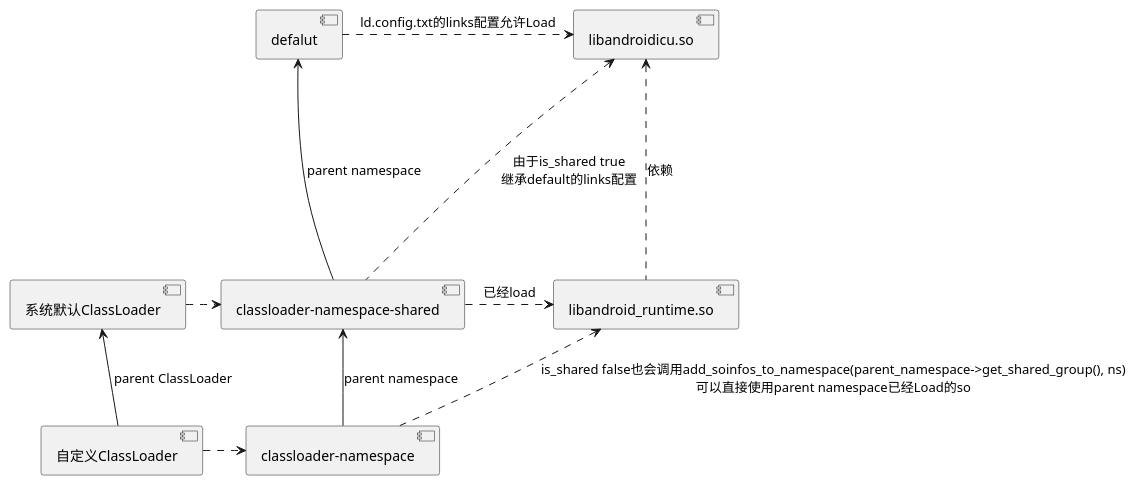
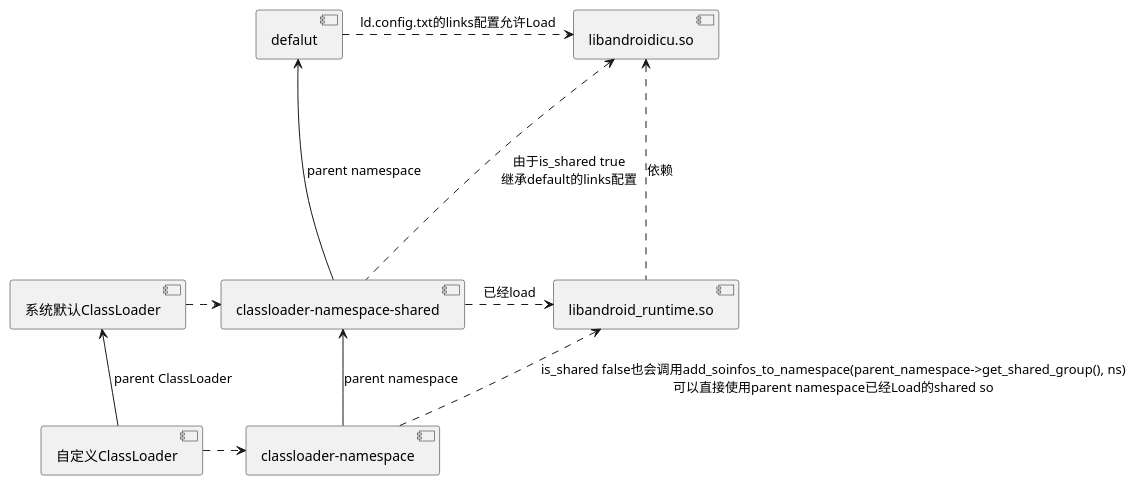
The third of 3 diagrams in source/_posts/dlopen-failed与so的命名空间.md (bluesky466/bluesky466.github.io), drawn with PlantUML before and after one commit. The commit also changed other lines of this file and 49 other files, not shown here.

```diff
--- a/source/_posts/dlopen-failed与so的命名空间.md
+++ b/source/_posts/dlopen-failed与so的命名空间.md
@@ -577,26 +577,26 @@
 {% plantuml %}
 component defalut
 component "classloader-namespace-shared" as NameSpaceShared
 component "classloader-namespace" as NameSpace
 component 系统默认ClassLoader
 component 自定义ClassLoader
 component libandroid_runtime.so
 component libandroidicu.so
 
 defalut <-- NameSpaceShared : parent namespace
 NameSpaceShared <-- NameSpace : parent namespace
 
 系统默认ClassLoader ..right..> NameSpaceShared
 自定义ClassLoader ..right..> NameSpace
 
 系统默认ClassLoader <-- 自定义ClassLoader : parent ClassLoader
 
 NameSpaceShared ..right..> libandroid_runtime.so : 已经load
 
 libandroidicu.so <.. libandroid_runtime.so : 依赖
 
 defalut ..right..> libandroidicu.so : ld.config.txt的links配置允许Load
 
 NameSpaceShared ..up..> libandroidicu.so : 由于is_shared true\n继承default的links配置
-NameSpace .up.> libandroid_runtime.so : is_shared false也会调用add_soinfos_to_namespace(parent_namespace->get_shared_group(), ns)\n可以直接使用parent namespace已经Load的so
+NameSpace .up.> libandroid_runtime.so : is_shared false也会调用add_soinfos_to_namespace(parent_namespace->get_shared_group(), ns)\n可以直接使用parent namespace已经Load的shared so
 {% endplantuml %}
```
